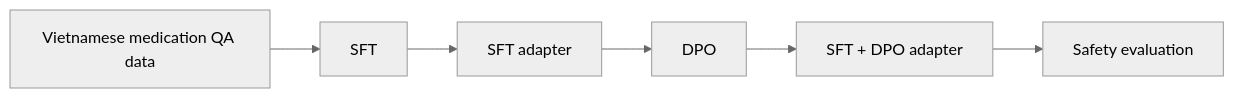
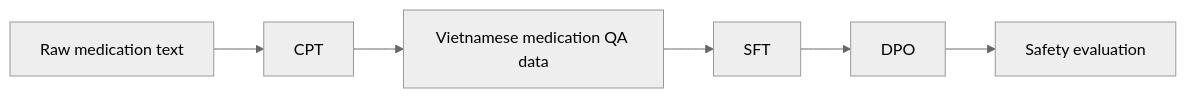
Before and after one commit to QuangVoAI/medical-llm-medication-safety-vi: the first of 2 diagrams in README.md, drawn with Mermaid (neutral theme). The commit also changed other lines of this file and 1 other file, not shown here.

Commit message:
Add final lab checklist

````diff
--- a/README.md
+++ b/README.md
@@ -24,8 +24,8 @@
 ```mermaid
 flowchart LR
-    A["Vietnamese medication QA data"] --> B["SFT"]
-    B --> C["SFT adapter"]
-    C --> D["DPO"]
-    D --> E["SFT + DPO adapter"]
+    A["Raw medication text"] --> B["CPT"]
+    B --> C["Vietnamese medication QA data"]
+    C --> D["SFT"]
+    D --> E["DPO"]
     E --> F["Safety evaluation"]
 ```
````
